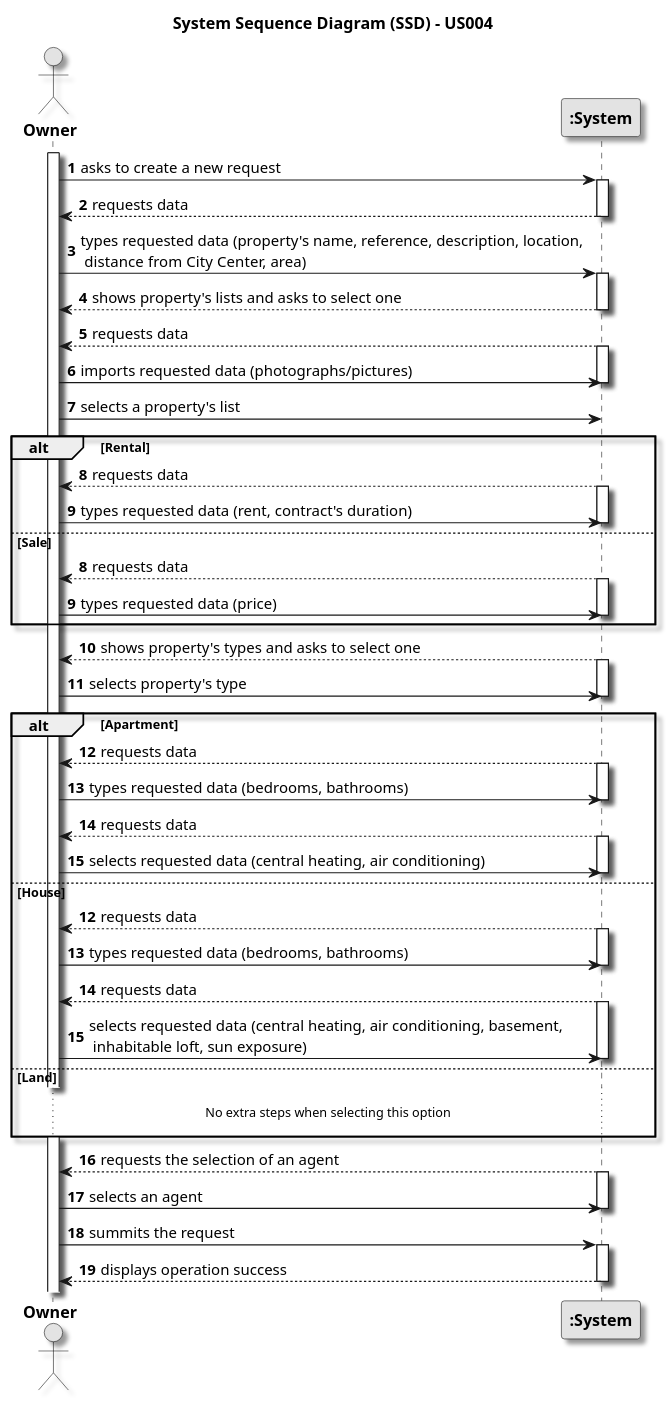
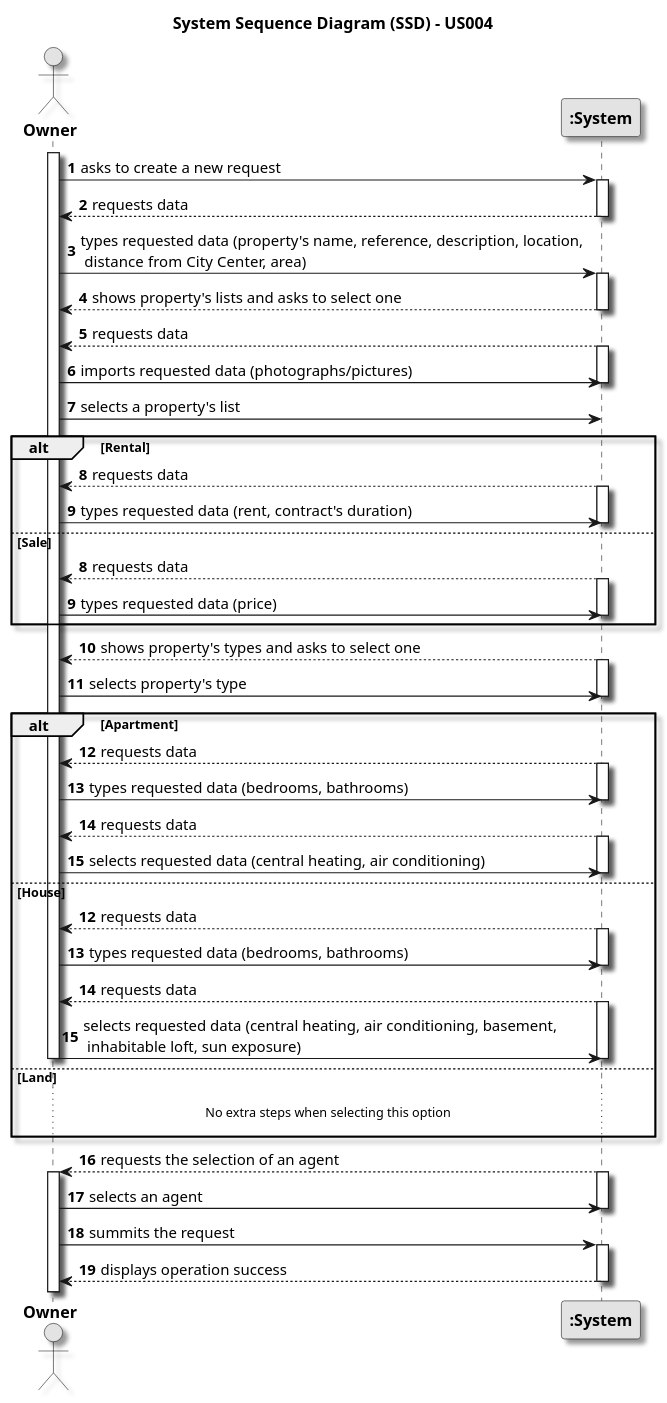
The diagram in docs/sprintA/us004/01.requirements-engineering/puml/us004-system-sequence-diagram.puml (rita-barbosa/LAPR2-2223), drawn with PlantUML before and after one commit. The commit also changed 5 other files, not shown here.

Commit message:
Use case diagram beginning US004 domain model

```diff
--- a/docs/sprintA/us004/01.requirements-engineering/puml/us004-system-sequence-diagram.puml
+++ b/docs/sprintA/us004/01.requirements-engineering/puml/us004-system-sequence-diagram.puml
@@ -1,108 +1,108 @@
 @startuml
 skinparam monochrome true
 skinparam packageStyle rectangle
 skinparam shadowing true
 
 title System Sequence Diagram (SSD) - US004
 
 autonumber
 
 actor "<b>Owner</b>" as Owner
 participant "<b>:System</b>" as System
 
 activate Owner
 
     Owner -> System : asks to create a new request
     activate System
 
         System --> Owner : requests data
     deactivate System
 
     Owner -> System : types requested data (property's name, reference, description, location,\n distance from City Center, area)
     activate System
 
         System --> Owner : shows property's lists and asks to select one
     deactivate System
 
 
     System --> "Owner" : requests data
     activate System
     Owner -> System : imports requested data (photographs/pictures)
 
         deactivate System
 
     Owner -> System : selects a property's list
 '    activate System
 '    deactivate System
 
     alt Rental
         autonumber 8
         System --> "Owner": requests data
         activate System
 
         "Owner" -> System: types requested data (rent, contract's duration)
         deactivate System
 
     else Sale
         autonumber 8
          System --> "Owner": requests data
         activate System
 
         "Owner" -> System: types requested data (price)
         deactivate System
 
     end
 
     System --> "Owner" : shows property's types and asks to select one
     activate System
     Owner -> System : selects property's type
     deactivate System
 
    alt Apartment
 
         System --> "Owner": requests data
         activate System
 
         "Owner" -> System: types requested data (bedrooms, bathrooms)
         deactivate System
 
     System --> "Owner": requests data
                     activate System
 
                     "Owner" -> System: selects requested data (central heating, air conditioning)
                     deactivate System
 
     else House
         autonumber 12
          System --> "Owner": requests data
         activate System
 
         "Owner" -> System: types requested data (bedrooms, bathrooms)
         deactivate System
 
          System --> "Owner": requests data
                 activate System
 
                 "Owner" -> System: selects requested data (central heating, air conditioning, basement,\n inhabitable loft, sun exposure)
                 deactivate System
-
+               deactivate "Owner"
     else Land
 
     ...No extra steps when selecting this option...
 
     end
-
         System --> Owner : requests the selection of an agent
+   activate "Owner"
     activate System
 
     "Owner" -> System : selects an agent
     deactivate System
 
 
         "Owner" -> System : summits the request
     activate System
 
     System --> "Owner" : displays operation success
     deactivate System
 
 @enduml
```
